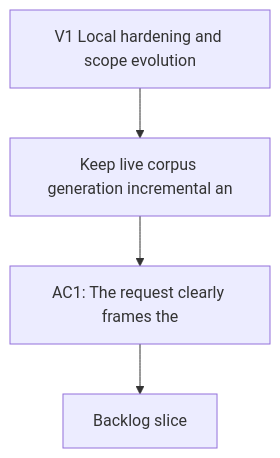
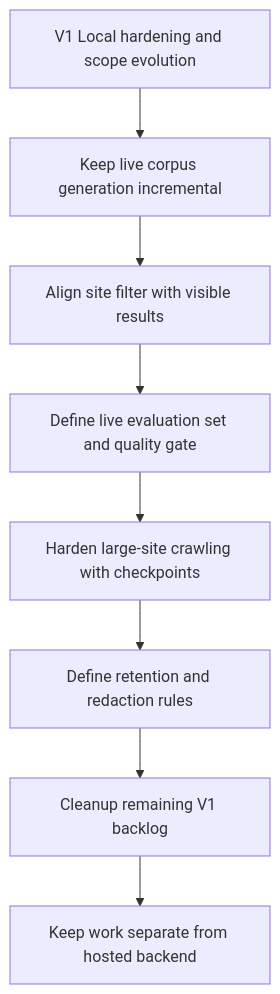
Before and after one commit to AlexAgo83/deepvault: the diagram in logics/request/req_001_v1_local_hardening_and_scope_evolution.md, drawn with Mermaid. The commit also changed other lines of this file and 29 other files, not shown here.

First line of the commit message:
Add improvement roadmap: requests, backlog, and tasks for R15/R16/V2

````diff
--- a/logics/request/req_001_v1_local_hardening_and_scope_evolution.md
+++ b/logics/request/req_001_v1_local_hardening_and_scope_evolution.md
@@ -27,8 +27,12 @@
 ```mermaid
 %% logics-kind: request
 %% logics-signature: request|v1-local-hardening-and-scope-evolution|keep-live-corpus-generation-incremental-|ac1-the-request-clearly-frames-the
 flowchart TD
-    Trigger[V1 Local hardening and scope evolution] --> Need[Keep live corpus generation incremental an]
-    Need --> Outcome[AC1: The request clearly frames the]
-    Outcome --> Backlog[Backlog slice]
+    Trigger[V1 Local hardening and scope evolution] --> Incremental[Keep live corpus generation incremental]
+    Incremental --> Filter[Align site filter with visible results]
+    Filter --> Eval[Define live evaluation set and quality gate]
+    Eval --> Harden[Harden large-site crawling with checkpoints]
+    Harden --> Retention[Define retention and redaction rules]
+    Retention --> Cleanup[Cleanup remaining V1 backlog]
+    Cleanup --> Separate[Keep work separate from hosted backend]
 ```
````
